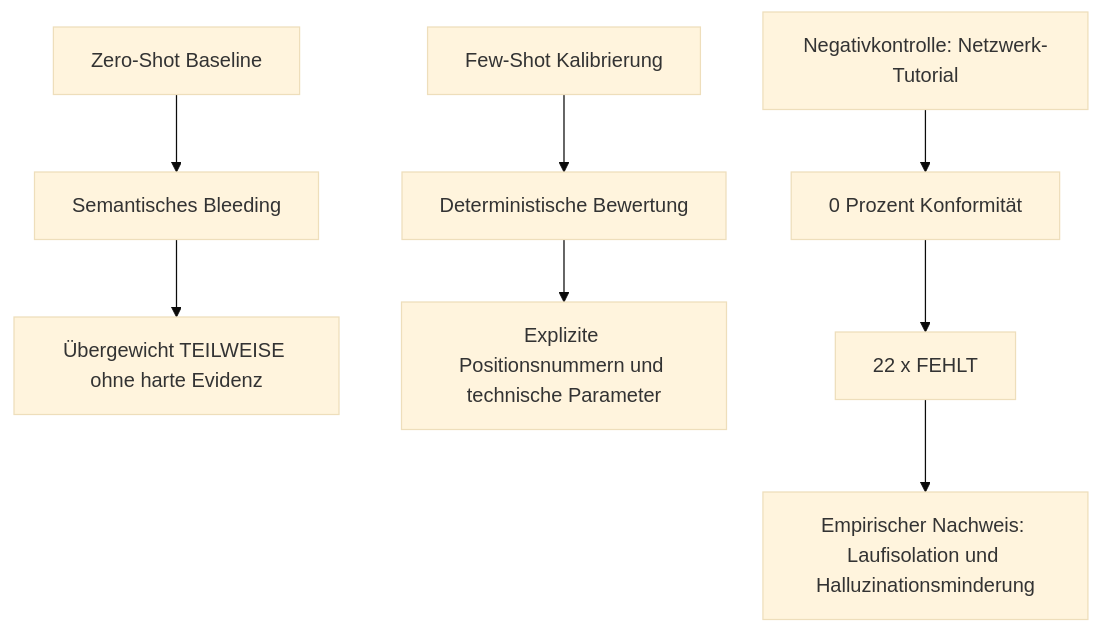
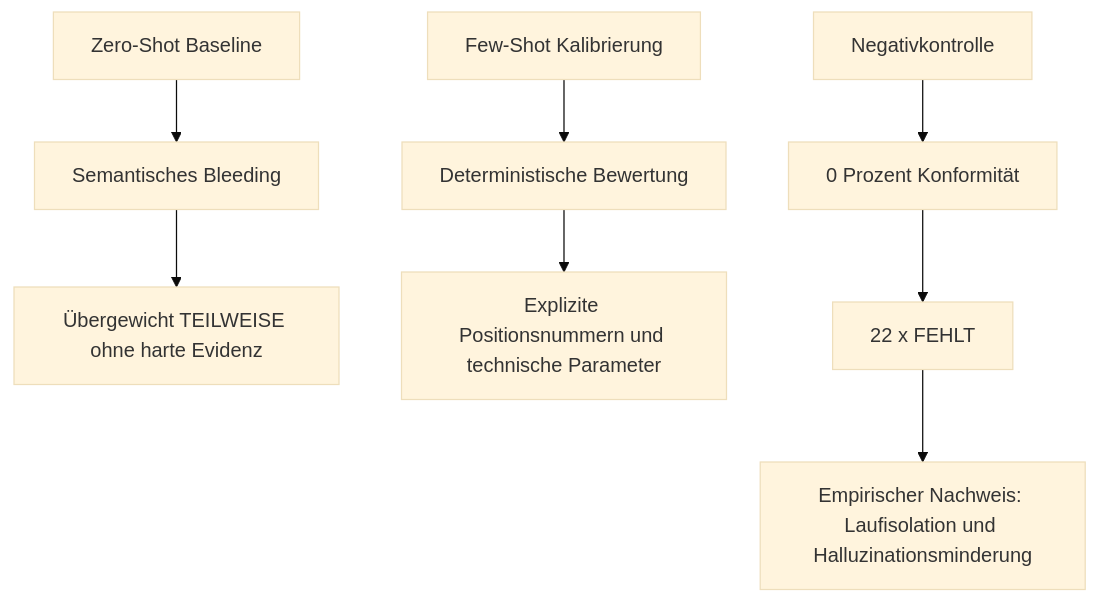
One commit to ridwandris/G1KI_Angebotsabgleich changed the fourth of 4 diagrams in README.md. Above: the diagram before and after it, drawn with Mermaid (base theme). The commit also changed other lines of this file, not shown here.

Commit message:
zero-shot

````diff
--- a/README.md
+++ b/README.md
@@ -850,10 +850,10 @@
 ```mermaid
 flowchart TB
    ZS[Zero-Shot Baseline] --> SB[Semantisches Bleeding]
    SB --> TZ[Übergewicht TEILWEISE ohne harte Evidenz]
    FS[Few-Shot Kalibrierung] --> DT[Deterministische Bewertung]
    DT --> EP[Explizite Positionsnummern und technische Parameter]
-   NC[Negativkontrolle: Netzwerk-Tutorial] --> R0[0 Prozent Konformität]
+   NC[Negativkontrolle] --> R0[0 Prozent Konformität]
    R0 --> F22[22 x FEHLT]
    F22 --> ISO[Empirischer Nachweis: Laufisolation und Halluzinationsminderung]
 ```
````
